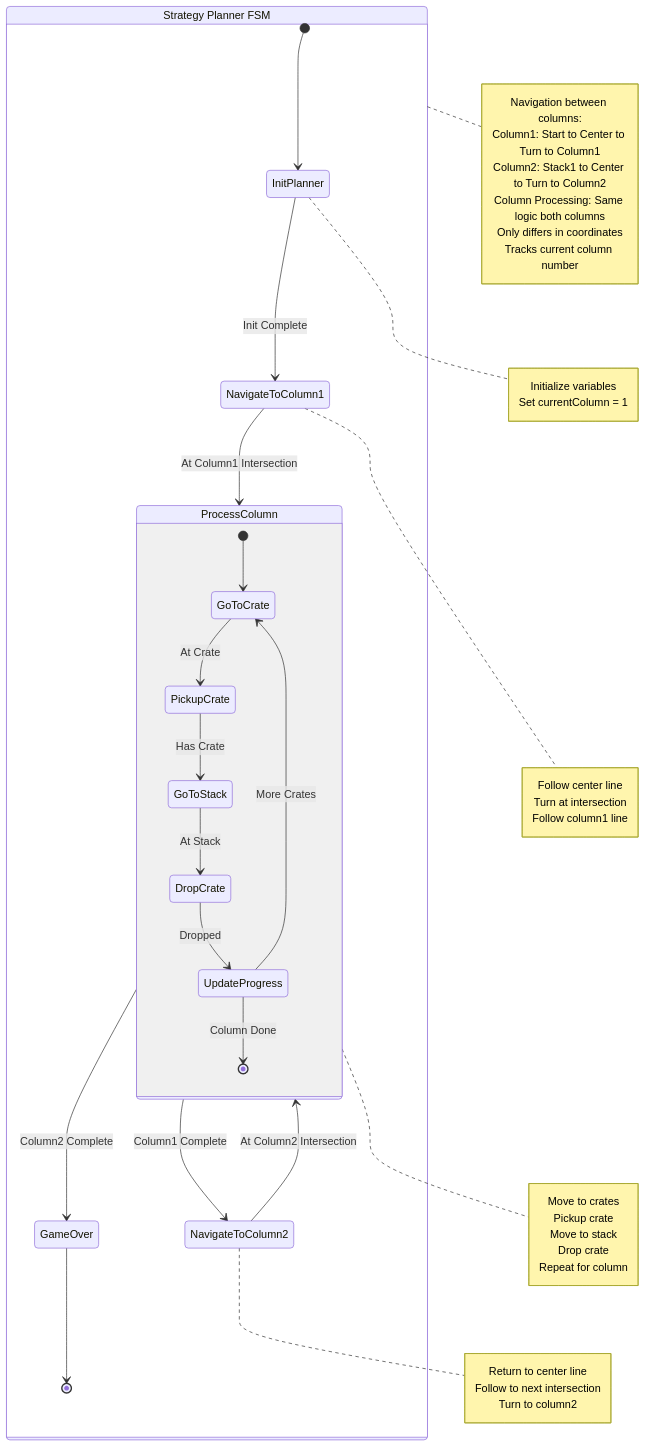
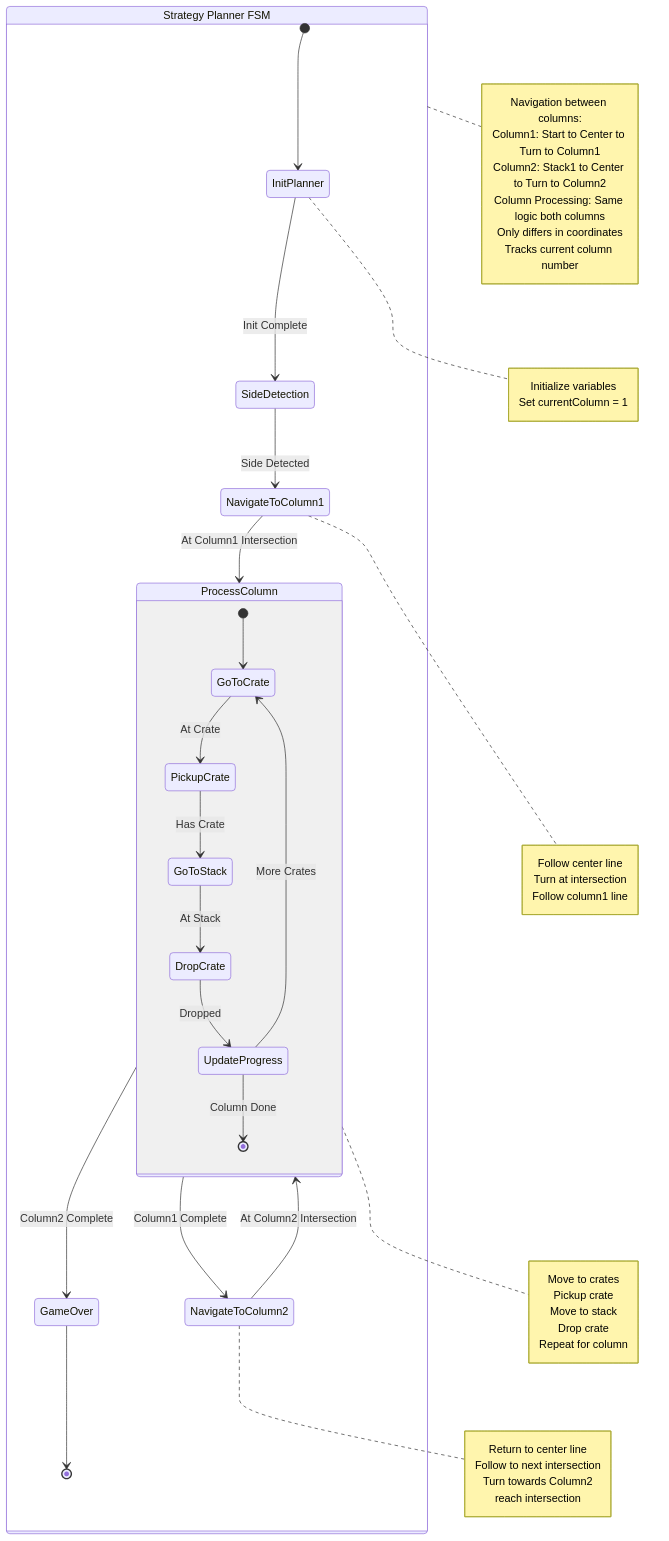
One commit to yuanzhedong/ME218-final changed the diagram in FSM/planning.md. Above: the diagram before and after it, drawn with Mermaid. The commit also changed 2 other files, not shown here.

Commit message:
add error handler

````diff
--- a/FSM/planning.md
+++ b/FSM/planning.md
@@ -1,58 +1,60 @@
 ```mermaid
 stateDiagram-v2
     state "Strategy Planner FSM" as PlannerFSM {
         [*] --> InitPlanner
         
-        InitPlanner --> NavigateToColumn1: Init Complete
+        InitPlanner --> SideDetection: Init Complete
+        SideDetection --> NavigateToColumn1: Side Detected
         note right of InitPlanner
             Initialize variables
             Set currentColumn = 1
         end note
 
         NavigateToColumn1 --> ProcessColumn: At Column1 Intersection
         note right of NavigateToColumn1
             Follow center line
             Turn at intersection
             Follow column1 line
         end note
 
         state ProcessColumn {
             [*] --> GoToCrate
             GoToCrate --> PickupCrate: At Crate
             PickupCrate --> GoToStack: Has Crate
             GoToStack --> DropCrate: At Stack
             DropCrate --> UpdateProgress: Dropped
             UpdateProgress --> GoToCrate: More Crates
             UpdateProgress --> [*]: Column Done
         }
 
         ProcessColumn --> NavigateToColumn2: Column1 Complete
         note right of ProcessColumn
             Move to crates
             Pickup crate
             Move to stack
             Drop crate
             Repeat for column
         end note
 
         NavigateToColumn2 --> ProcessColumn: At Column2 Intersection
         note right of NavigateToColumn2
             Return to center line
             Follow to next intersection
-            Turn to column2
+            Turn towards Column2
+            reach intersection
         end note
 
         ProcessColumn --> GameOver: Column2 Complete
         
         GameOver --> [*]
     }
 
     note right of PlannerFSM
         Navigation between columns:
         Column1: Start to Center to Turn to Column1
         Column2: Stack1 to Center to Turn to Column2
         Column Processing: Same logic both columns
         Only differs in coordinates
         Tracks current column number
     end note
 ```
````
